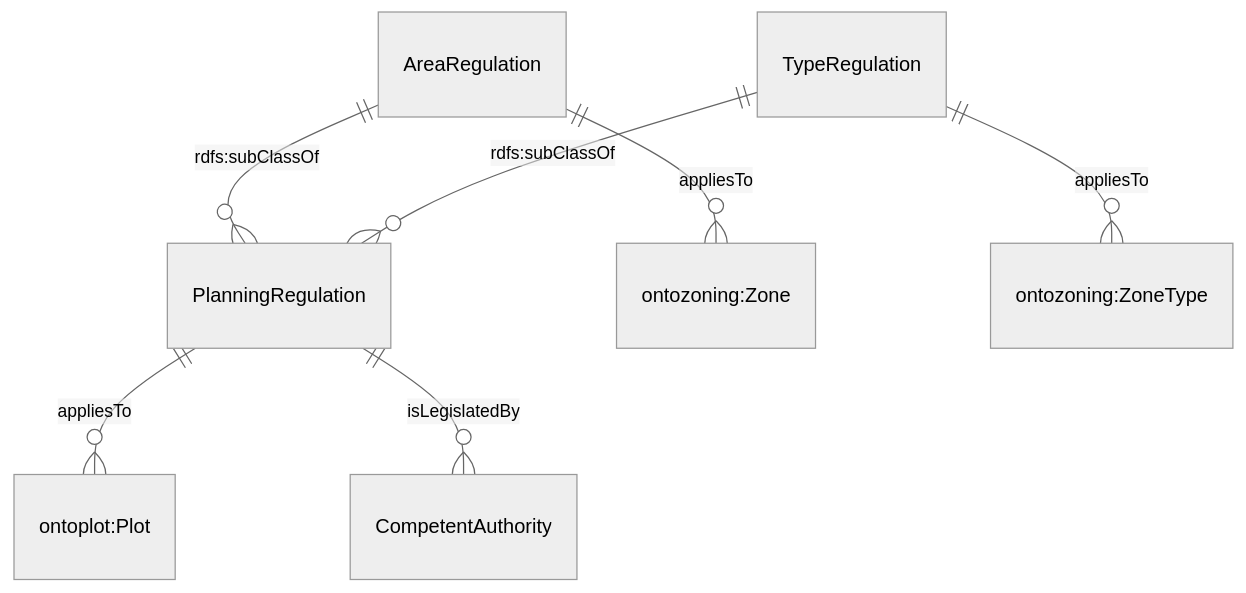
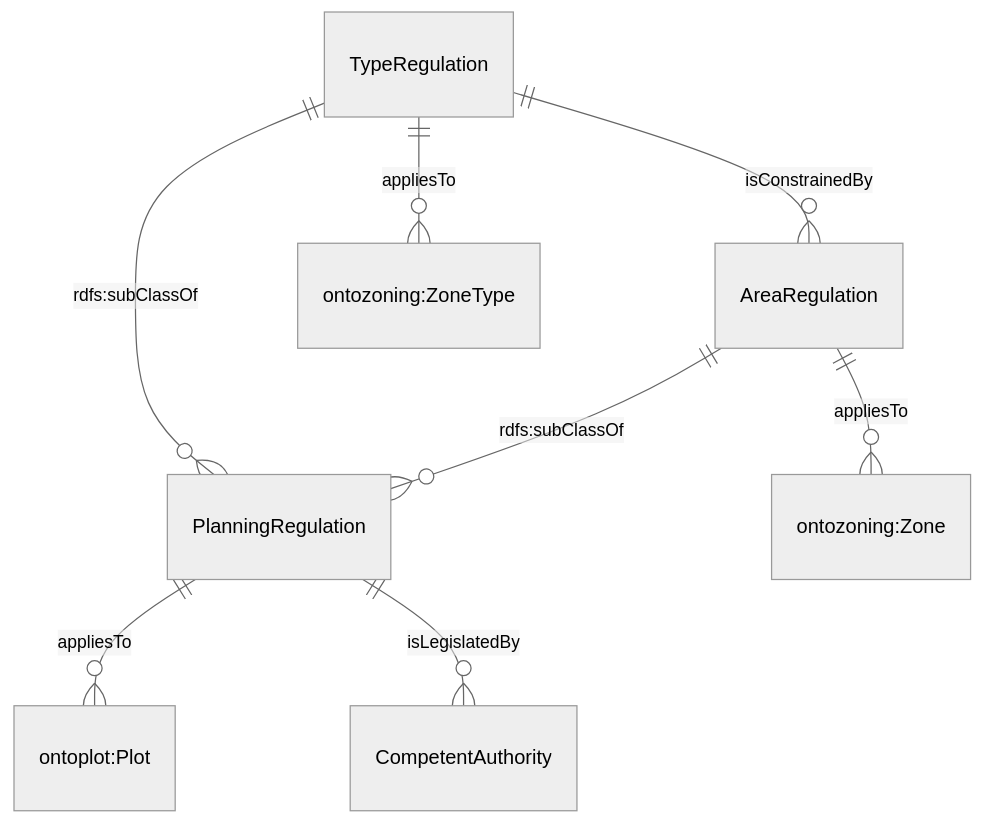
Before and after one commit to cambridge-cares/TheWorldAvatar: the first of 2 diagrams in JPS_Ontology/ontology/ontoplanningregulation/README.MD, drawn with Mermaid (neutral theme). The commit also changed 4 other files, not shown here.

````diff
--- a/JPS_Ontology/ontology/ontoplanningregulation/README.MD
+++ b/JPS_Ontology/ontology/ontoplanningregulation/README.MD
@@ -6,10 +6,10 @@
 ```mermaid
     erDiagram 
     "PlanningRegulation" ||--o{ "ontoplot:Plot" : appliesTo
     "PlanningRegulation" ||--o{ "CompetentAuthority" : isLegislatedBy
     "AreaRegulation" ||--o{ "PlanningRegulation" : "rdfs:subClassOf"
     "AreaRegulation" ||--o{ "ontozoning:Zone" : appliesTo
     "TypeRegulation" ||--o{ "PlanningRegulation" : "rdfs:subClassOf"
     "TypeRegulation" ||--o{ "ontozoning:ZoneType" : appliesTo
-    
+    "TypeRegulation" ||--o{ "AreaRegulation" : isConstrainedBy
 ```
````
